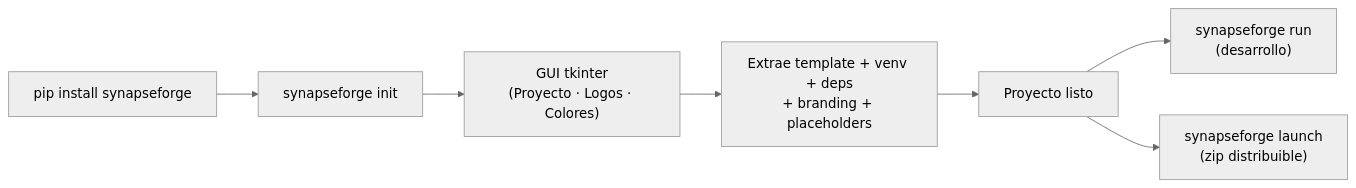
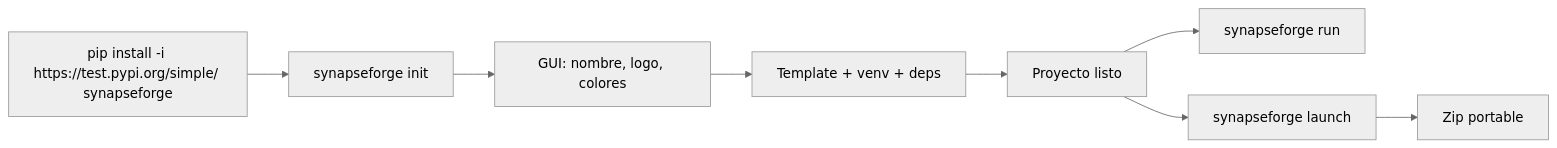
One commit to synapse-ai-hub/synapseForge changed the diagram in ES.md. Above: the diagram before and after it, drawn with Mermaid (neutral theme). The commit also changed other lines of this file and 2 other files, not shown here.

````diff
--- a/ES.md
+++ b/ES.md
@@ -94,9 +129,10 @@
 ```mermaid
 flowchart LR
-    A["pip install synapseforge"] --> B["synapseforge init"]
-    B --> C["GUI tkinter<br/>(Proyecto · Logos · Colores)"]
-    C --> D["Extrae template + venv + deps<br/>+ branding + placeholders"]
+    A["pip install -i https://test.pypi.org/simple/ synapseforge"] --> B["synapseforge init"]
+    B --> C["GUI: nombre, logo, colores"]
+    C --> D["Template + venv + deps"]
     D --> E["Proyecto listo"]
-    E --> F["synapseforge run<br/>(desarrollo)"]
-    E --> G["synapseforge launch<br/>(zip distribuible)"]
+    E --> F["synapseforge run"]
+    E --> G["synapseforge launch"]
+    G --> H["Zip portable"]
 ```
````
